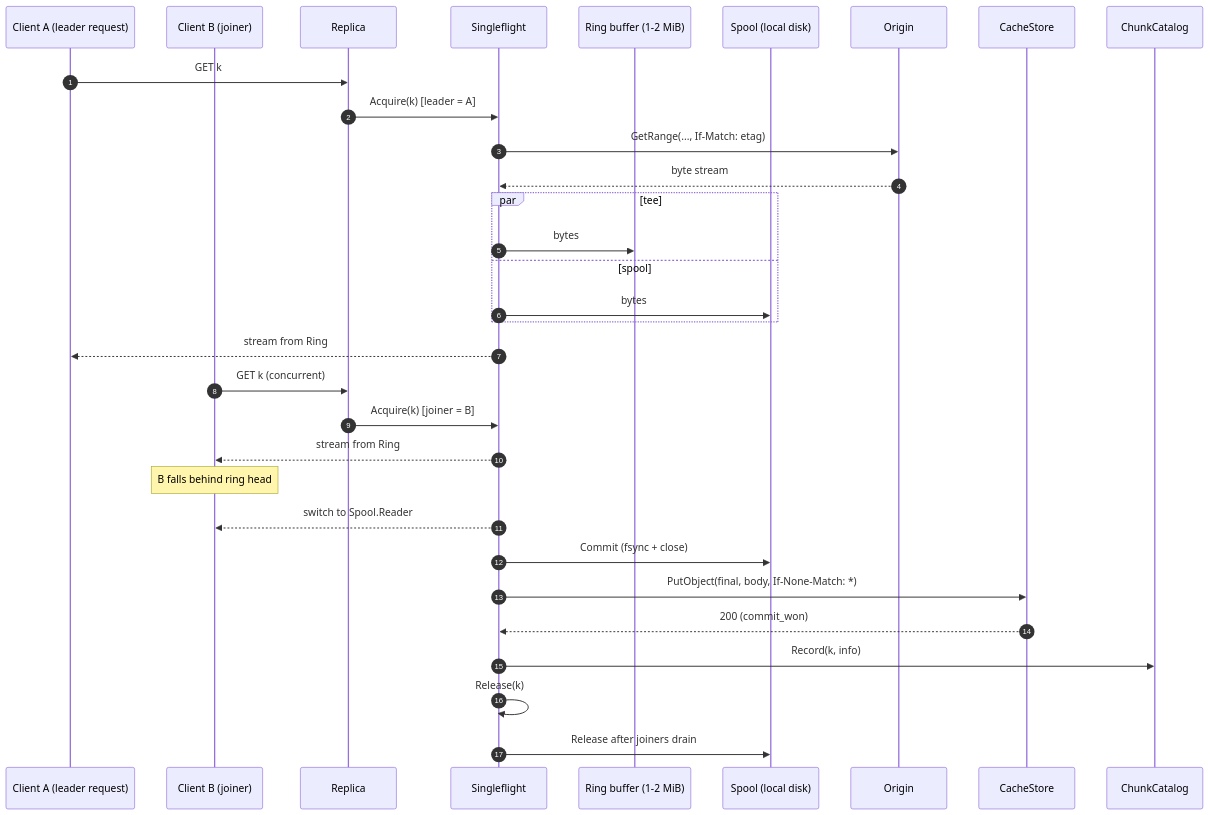
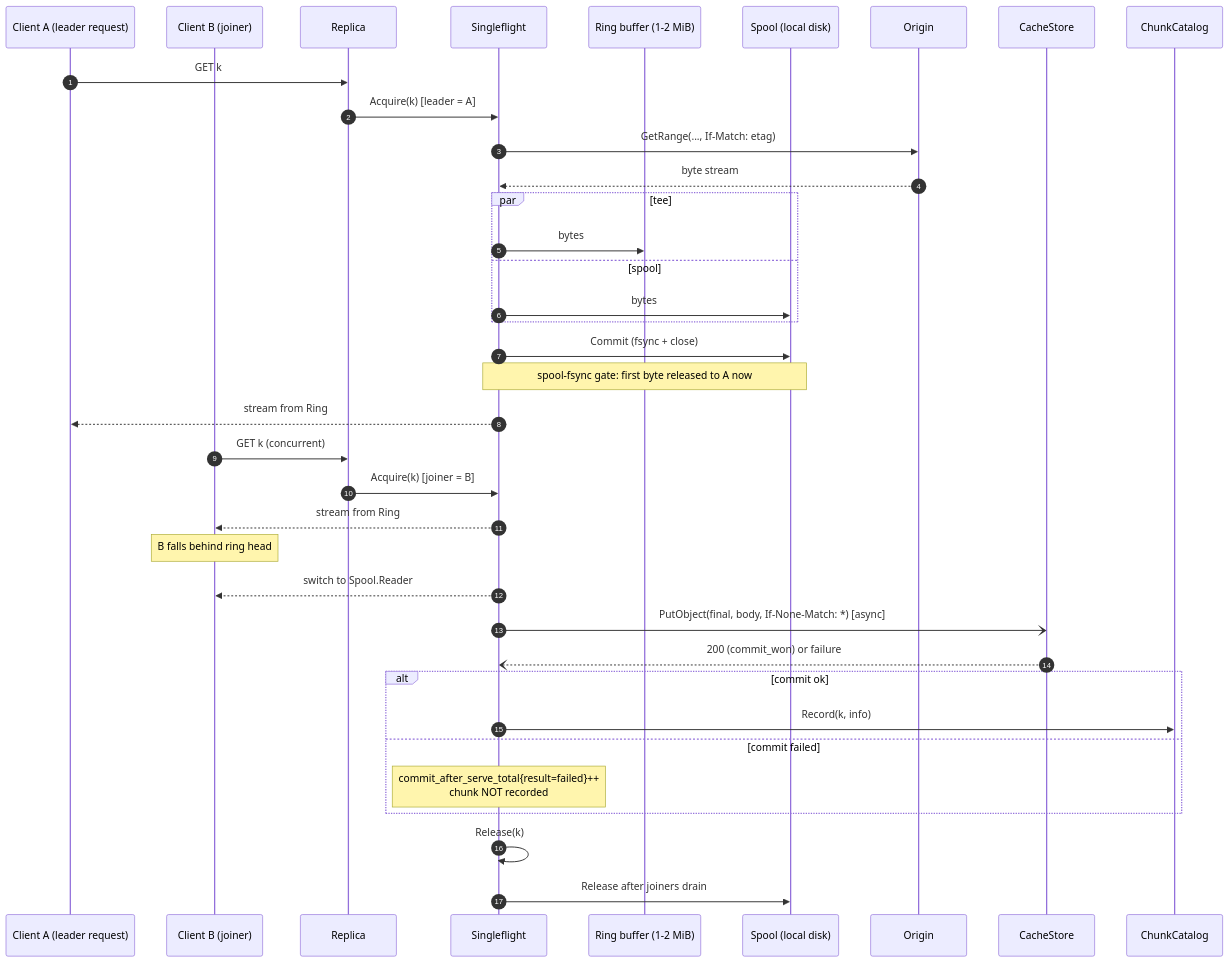
Before and after one commit to Azure/unbounded: the fifth of 11 diagrams in designdocs/origincache/design.md, drawn with Mermaid. The commit also changed other lines of this file, not shown here.

````diff
--- a/designdocs/origincache/design.md
+++ b/designdocs/origincache/design.md
@@ -406,34 +553,39 @@
 ```mermaid
 sequenceDiagram
     autonumber
     participant A as Client A (leader request)
     participant B as Client B (joiner)
     participant R as Replica
     participant SF as Singleflight
     participant Ring as Ring buffer (1-2 MiB)
     participant Sp as Spool (local disk)
     participant O as Origin
     participant CS as CacheStore
     participant Cat as ChunkCatalog
     A->>R: GET k
     R->>SF: Acquire(k) [leader = A]
     SF->>O: GetRange(..., If-Match: etag)
     O-->>SF: byte stream
     par tee
         SF->>Ring: bytes
     and spool
         SF->>Sp: bytes
     end
+    SF->>Sp: Commit (fsync + close)
+    Note over SF,Sp: spool-fsync gate: first byte released to A now
     SF-->>A: stream from Ring
     B->>R: GET k (concurrent)
     R->>SF: Acquire(k) [joiner = B]
     SF-->>B: stream from Ring
     Note over B: B falls behind ring head
     SF-->>B: switch to Spool.Reader
-    SF->>Sp: Commit (fsync + close)
-    SF->>CS: PutObject(final, body, If-None-Match: *)
-    CS-->>SF: 200 (commit_won)
-    SF->>Cat: Record(k, info)
+    SF-)CS: PutObject(final, body, If-None-Match: *) [async]
+    CS--)SF: 200 (commit_won) or failure
+    alt commit ok
+        SF->>Cat: Record(k, info)
+    else commit failed
+        Note over SF: commit_after_serve_total{result=failed}++<br/>chunk NOT recorded
+    end
     SF->>SF: Release(k)
     SF->>Sp: Release after joiners drain
 ```
````
